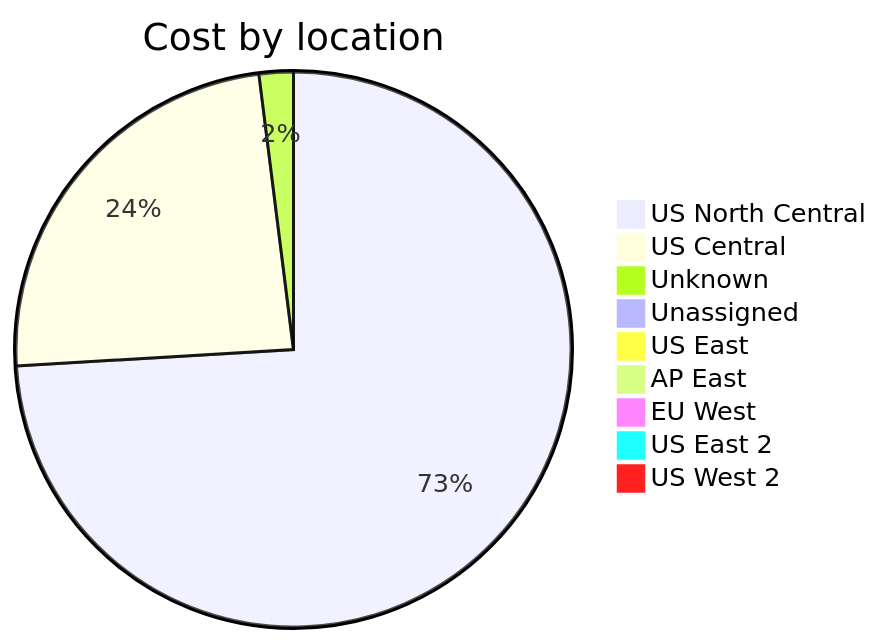
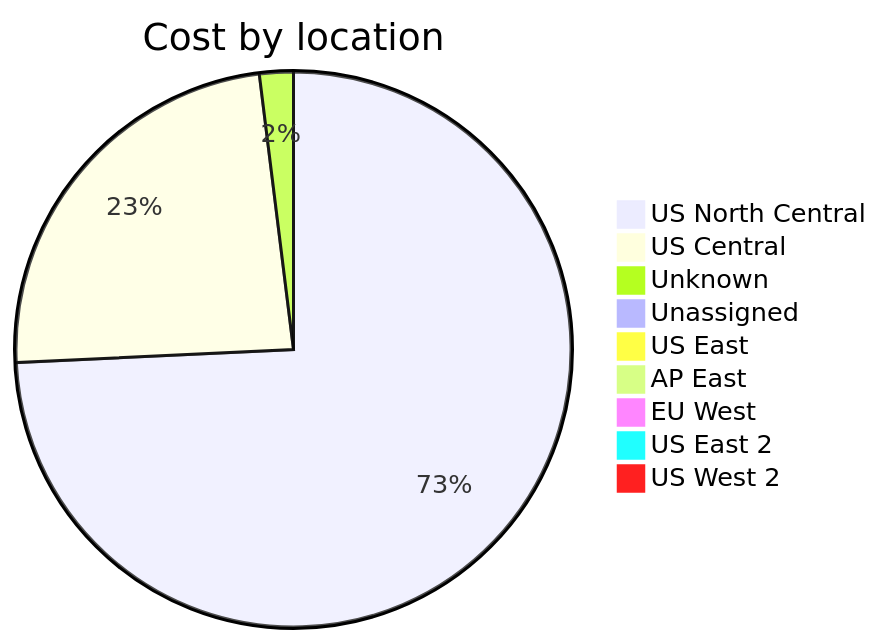
One commit to jpfulton/azure-personal-reports changed the third of 4 diagrams in cost-reports/accumulated-cost.md. Above: the diagram before and after it, drawn with Mermaid. The commit also changed other lines of this file and 4 other files, not shown here.

````diff
--- a/cost-reports/accumulated-cost.md
+++ b/cost-reports/accumulated-cost.md
@@ -131,13 +131,13 @@
 ```mermaid
 pie
    title Cost by location
-   "US North Central" : 10.79
-   "US Central" : 3.49
-   "Unknown" : 0.29
-   "Unassigned" : 0.14
-   "US East" : 0.06
+   "US North Central" : 12.83
+   "US Central" : 4.11
+   "Unknown" : 0.34
+   "Unassigned" : 0.17
+   "US East" : 0.07
    "AP East" : 0.00
    "EU West" : 0.00
    "US East 2" : 0.00
    "US West 2" : 0.00
 ```
````
